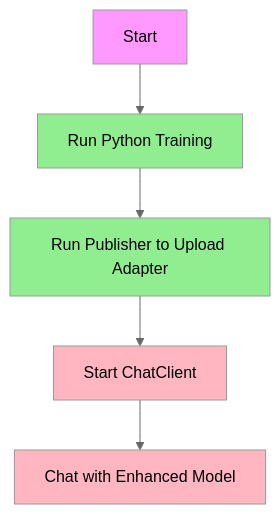
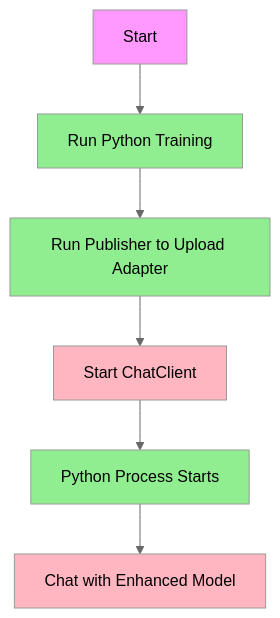
One commit to gsinghjay/LLMAdapterClient changed the seventh of 7 diagrams in STORY.md. Above: the diagram before and after it, drawn with Mermaid (neutral theme). The commit also changed other lines of this file, not shown here.

Commit message:
docs(story): update project narrative to include Python Process Manager

````diff
--- a/STORY.md
+++ b/STORY.md
@@ -228,13 +310,15 @@
 ```mermaid
 graph TD
     A[Start] --> B[Run Python Training]
     B --> C[Run Publisher to Upload Adapter]
     C --> D[Start ChatClient]
-    D --> E[Chat with Enhanced Model]
+    D --> E[Python Process Starts]
+    E --> F[Chat with Enhanced Model]
     
     style A fill:#f9f
     style B fill:#90EE90
     style C fill:#90EE90
     style D fill:#FFB6C1
-    style E fill:#FFB6C1
+    style E fill:#90EE90
+    style F fill:#FFB6C1
 ```
````
